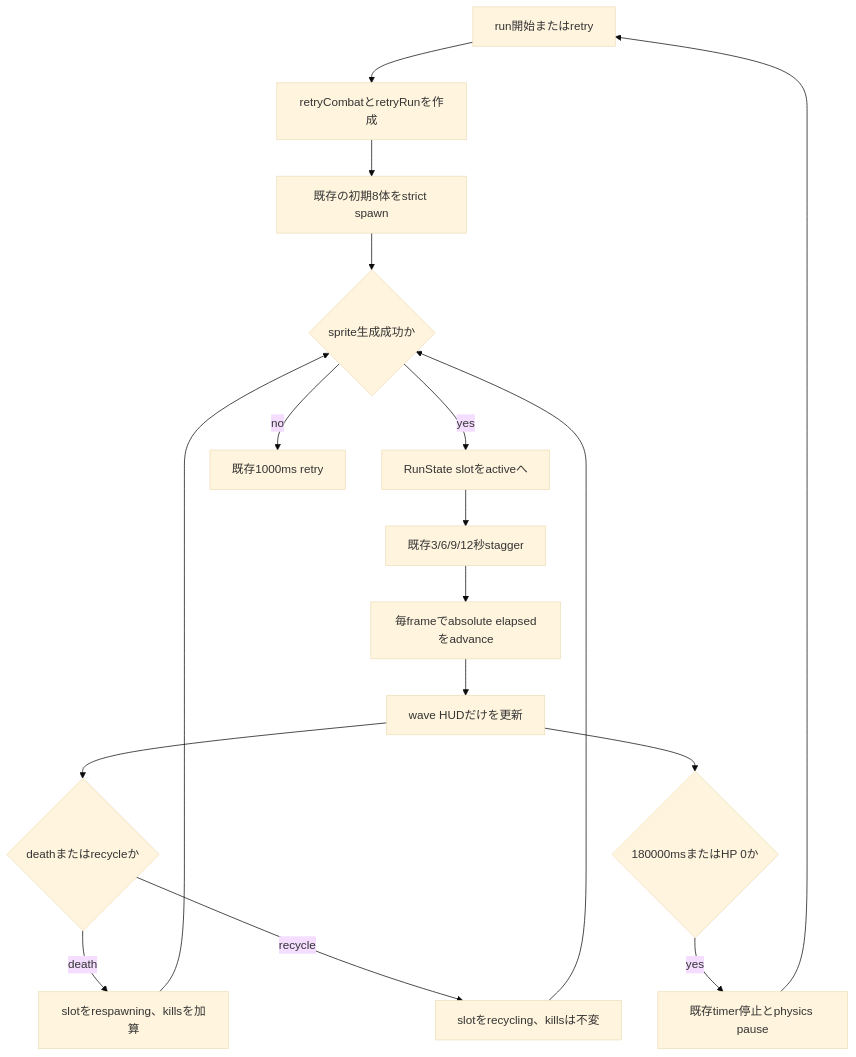
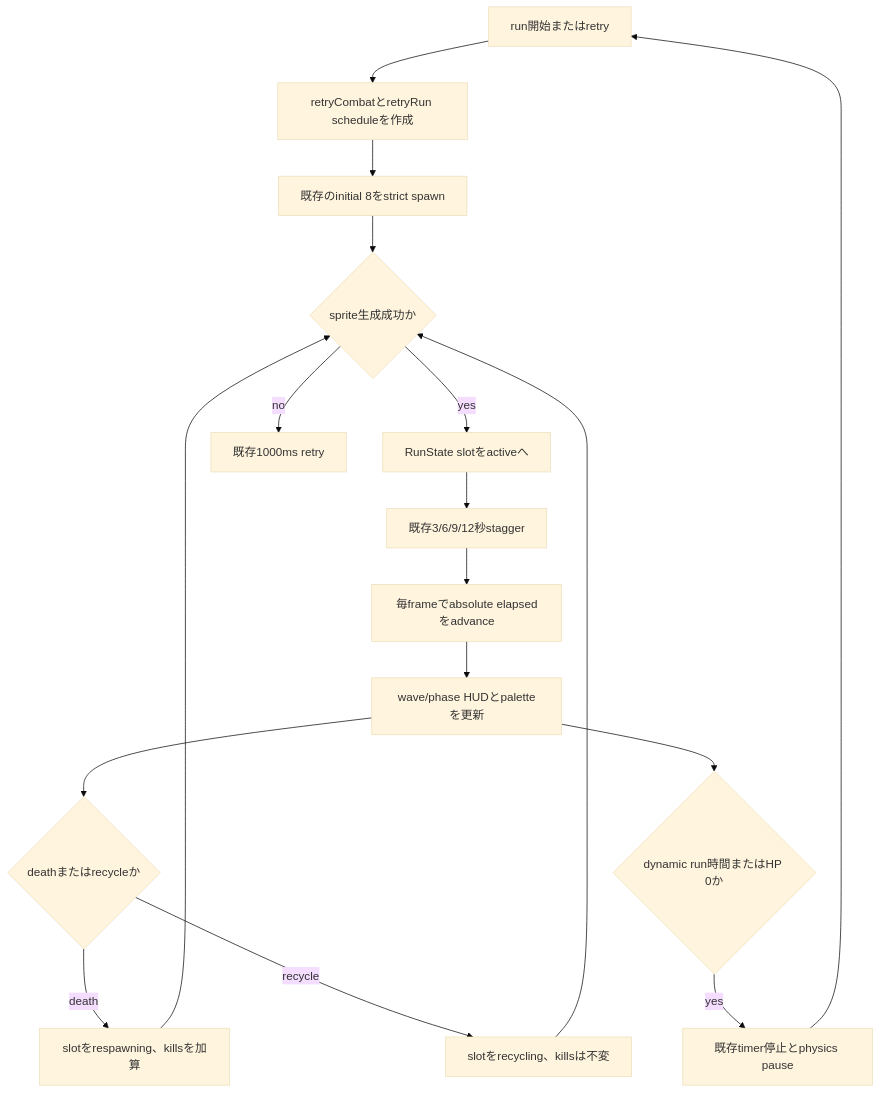
The diagram in docs/40_design/basic/wave-progression-v1.md (WFrog2511/2d-coop-survival), drawn with Mermaid (base theme) before and after one commit. The commit also changed other lines of this file and 24 other files, not shown here.

```diff
--- a/docs/40_design/basic/wave-progression-v1.md
+++ b/docs/40_design/basic/wave-progression-v1.md
@@ -28,19 +28,19 @@
 ~~~mermaid
 flowchart TD
-  reset[run開始またはretry] --> state[retryCombatとretryRunを作成]
-  state --> initial[既存の初期8体をstrict spawn]
+  reset[run開始またはretry] --> state[retryCombatとretryRun scheduleを作成]
+  state --> initial[既存のinitial 8をstrict spawn]
   initial --> spawnSuccess{sprite生成成功か}
   spawnSuccess -->|yes| active[RunState slotをactiveへ]
   spawnSuccess -->|no| retrySpawn[既存1000ms retry]
   active --> stagger[既存3/6/9/12秒stagger]
   stagger --> time[毎frameでabsolute elapsedをadvance]
-  time --> wave[wave HUDだけを更新]
-  wave --> event{deathまたはrecycleか}
+  time --> phase[wave/phase HUDとpaletteを更新]
+  phase --> event{deathまたはrecycleか}
   event -->|death| respawning[slotをrespawning、killsを加算]
   event -->|recycle| recycling[slotをrecycling、killsは不変]
   respawning --> spawnSuccess
   recycling --> spawnSuccess
-  wave --> terminal{180000msまたはHP 0か}
+  phase --> terminal{dynamic run時間またはHP 0か}
   terminal -->|yes| stop[既存timer停止とphysics pause]
   stop --> reset
 ~~~
```
